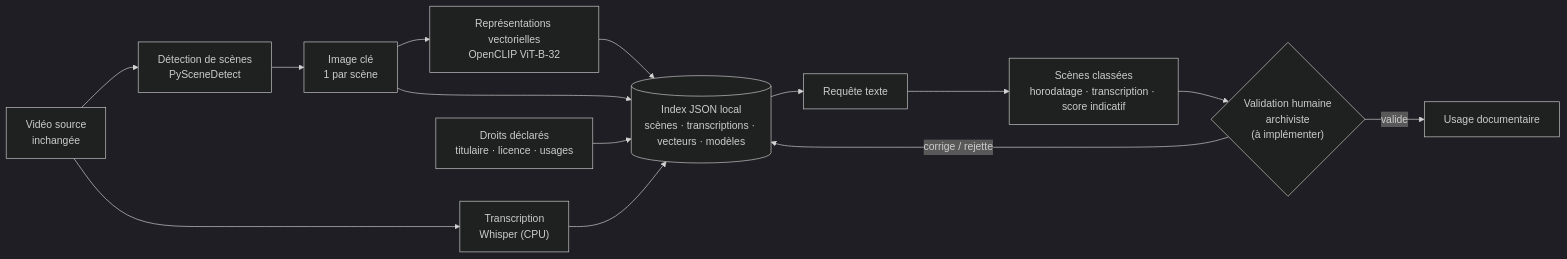
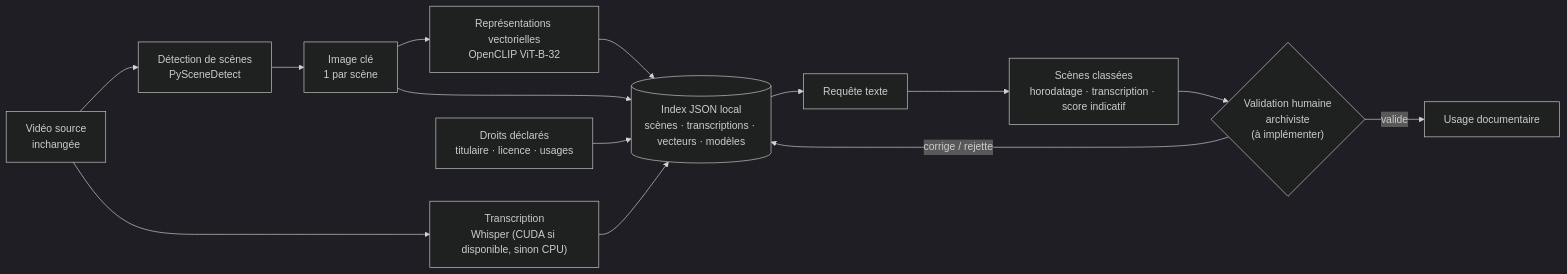
Before and after one commit to RayenMnif/archivIA: the diagram in README.md, drawn with Mermaid (dark theme). The commit also changed other lines of this file and 1 other file, not shown here.

Commit message:
Use CUDA for Whisper when available

````diff
--- a/README.md
+++ b/README.md
@@ -221,16 +221,16 @@
 ```mermaid
 flowchart LR
   V["Vidéo source<br/>inchangée"] --> S["Détection de scènes<br/>PySceneDetect"]
   S --> K["Image clé<br/>1 par scène"]
-  V --> W["Transcription<br/>Whisper (CPU)"]
+  V --> W["Transcription<br/>Whisper (CUDA si disponible, sinon CPU)"]
   K --> C["Représentations vectorielles<br/>OpenCLIP ViT-B-32"]
   D["Droits déclarés<br/>titulaire · licence · usages"] --> J[("Index JSON local<br/>scènes · transcriptions · vecteurs · modèles")]
   K --> J
   W --> J
   C --> J
   J --> Q["Requête texte"]
   Q --> R["Scènes classées<br/>horodatage · transcription · score indicatif"]
   R --> H{"Validation humaine<br/>archiviste<br/>(à implémenter)"}
   H -->|"corrige / rejette"| J
   H -->|"valide"| P["Usage documentaire"]
 ```
````
